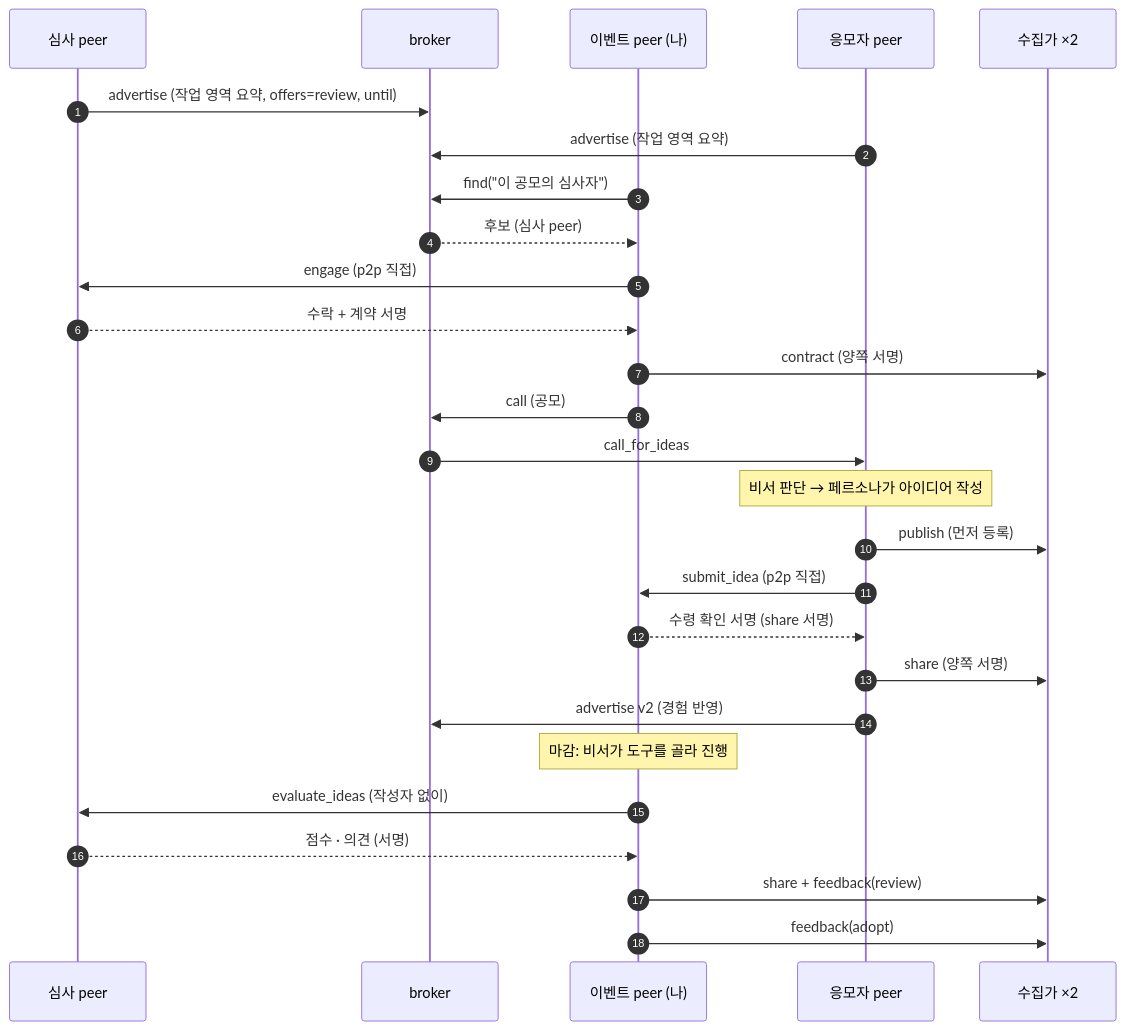
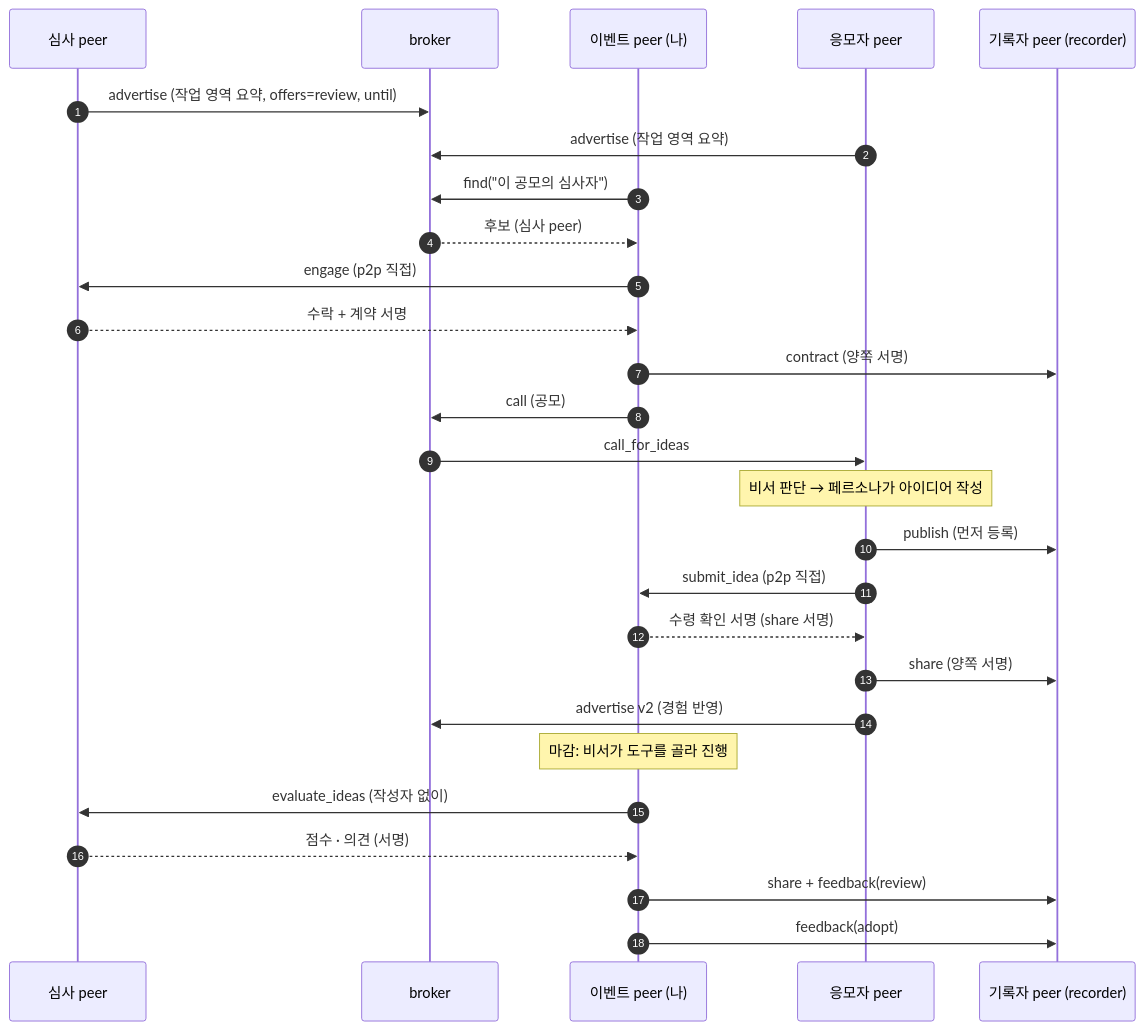
Before and after one commit to tanminkwan/share-ur-tokens: the second of 2 diagrams in docs/system-overview.md, drawn with Mermaid. The commit also changed 3 other files, not shown here.

````diff
--- a/docs/system-overview.md
+++ b/docs/system-overview.md
@@ -88,30 +88,30 @@
 ```mermaid
 sequenceDiagram
     autonumber
     participant R as 심사 peer
     participant B as broker
     participant E as 이벤트 peer (나)
     participant A as 응모자 peer
-    participant L as 수집가 ×2
+    participant L as 기록자 peer (recorder)
 
     R->>B: advertise (작업 영역 요약, offers=review, until)
     A->>B: advertise (작업 영역 요약)
     E->>B: find("이 공모의 심사자")
     B-->>E: 후보 (심사 peer)
     E->>R: engage (p2p 직접)
     R-->>E: 수락 + 계약 서명
     E->>L: contract (양쪽 서명)
     E->>B: call (공모)
     B->>A: call_for_ideas
     Note over A: 비서 판단 → 페르소나가 아이디어 작성
     A->>L: publish (먼저 등록)
     A->>E: submit_idea (p2p 직접)
     E-->>A: 수령 확인 서명 (share 서명)
     A->>L: share (양쪽 서명)
     A->>B: advertise v2 (경험 반영)
     Note over E: 마감: 비서가 도구를 골라 진행
     E->>R: evaluate_ideas (작성자 없이)
     R-->>E: 점수 · 의견 (서명)
     E->>L: share + feedback(review)
     E->>L: feedback(adopt)
 ```
````
